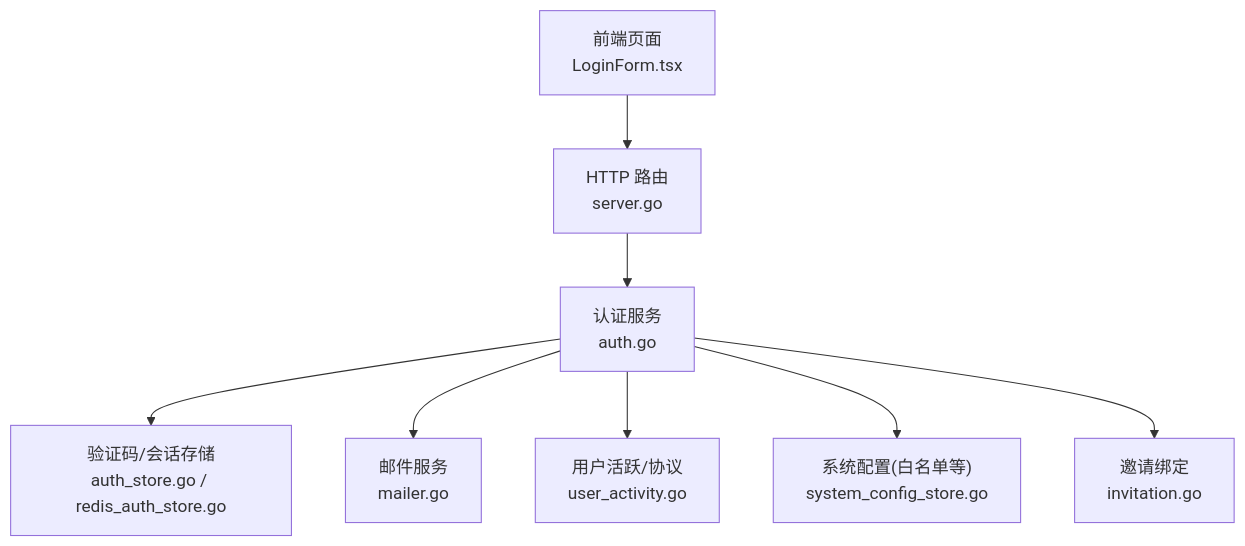
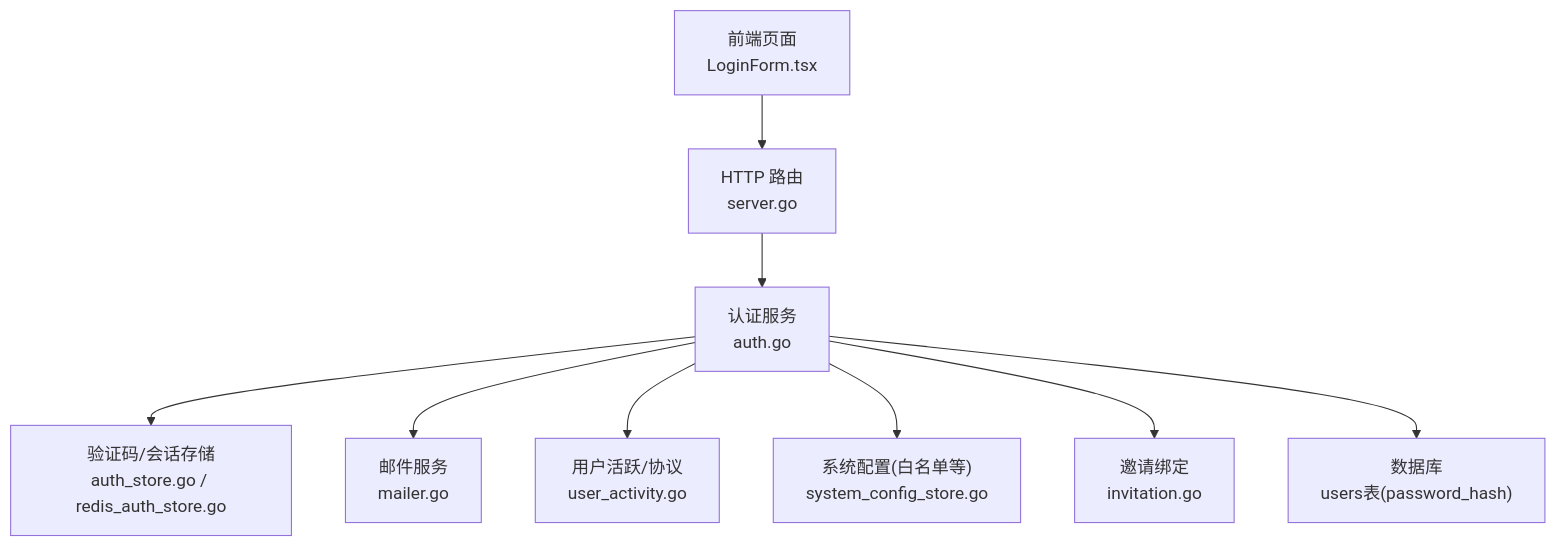
Before and after one commit to alvinwangzi/goodhr: the first of 5 diagrams in .qoder/repowiki/zh/content/云端后端服务/用户认证系统/用户注册登录.md, drawn with Mermaid. The commit also changed other lines of this file and 10 other files, not shown here.

````diff
--- a/.qoder/repowiki/zh/content/云端后端服务/用户认证系统/用户注册登录.md
+++ b/.qoder/repowiki/zh/content/云端后端服务/用户认证系统/用户注册登录.md
@@ -42,10 +51,11 @@
 ```mermaid
 graph TB
 FE["前端页面<br/>LoginForm.tsx"] --> API["HTTP 路由<br/>server.go"]
 API --> AUTH["认证服务<br/>auth.go"]
 AUTH --> STORE["验证码/会话存储<br/>auth_store.go / redis_auth_store.go"]
 AUTH --> MAIL["邮件服务<br/>mailer.go"]
 AUTH --> ACT["用户活跃/协议<br/>user_activity.go"]
 AUTH --> CFG["系统配置(白名单等)<br/>system_config_store.go"]
 AUTH --> INV["邀请绑定<br/>invitation.go"]
+AUTH --> DB["数据库<br/>users表(password_hash)"]
 ```
````
